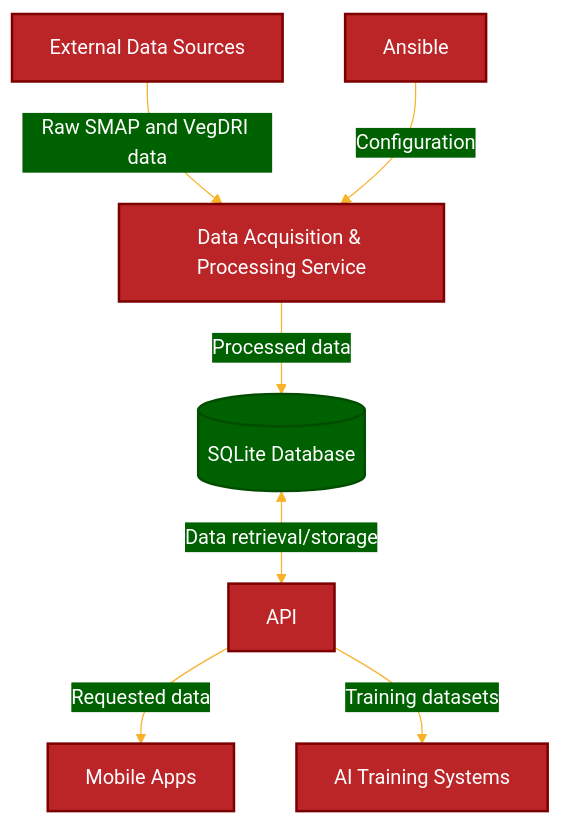
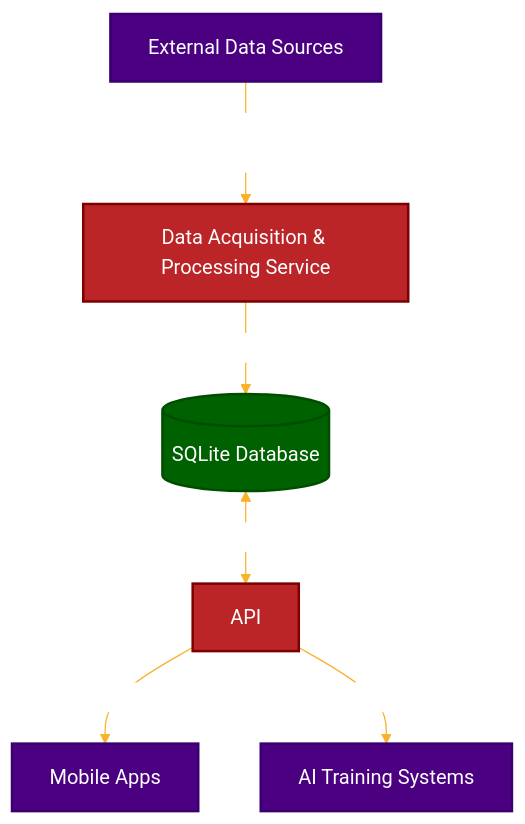
One commit to tmart234/openFlowServer changed the diagram in README.md. Above: the diagram before and after it, drawn with Mermaid.

````diff
--- a/README.md
+++ b/README.md
@@ -4,14 +4,17 @@
 ```mermaid
-%%{init: {'theme': 'base', 'themeVariables': { 'primaryColor': '#BB2528', 'primaryTextColor': '#fff', 'primaryBorderColor': '#7C0000', 'lineColor': '#F8B229', 'secondaryColor': '#006100', 'tertiaryColor': '#fff'}}}%%
+%%{init: {'theme': 'base', 'themeVariables': { 'primaryColor': '#BB2528', 'primaryTextColor': '#fff', 'primaryBorderColor': '#7C0000', 'lineColor': '#F8B229', 'secondaryColor': '#FFFFFF', 'tertiaryColor': '#fff'}}}%%
 graph TD
     A[External Data Sources] -->|Raw SMAP and VegDRI data| B[Data Acquisition & Processing Service]
     B -->|Processed data| C[(SQLite Database)]
     C <-->|Data retrieval/storage| D[API]
     D -->|Requested data| E[Mobile Apps]
     D -->|Training datasets| F[AI Training Systems]
-    G[Ansible] -->|Configuration| B
 
     classDef default fill:#BB2528,stroke:#7C0000,stroke-width:2px,color:#fff;
     classDef db fill:#006100,stroke:#004d00,stroke-width:2px,color:#fff;
+    classDef external fill:#4B0082,stroke:#3A006F,stroke-width:2px,color:#fff;
     class C db;
+    class A external;
+    class E external;
+    class F external;
 ```
````
